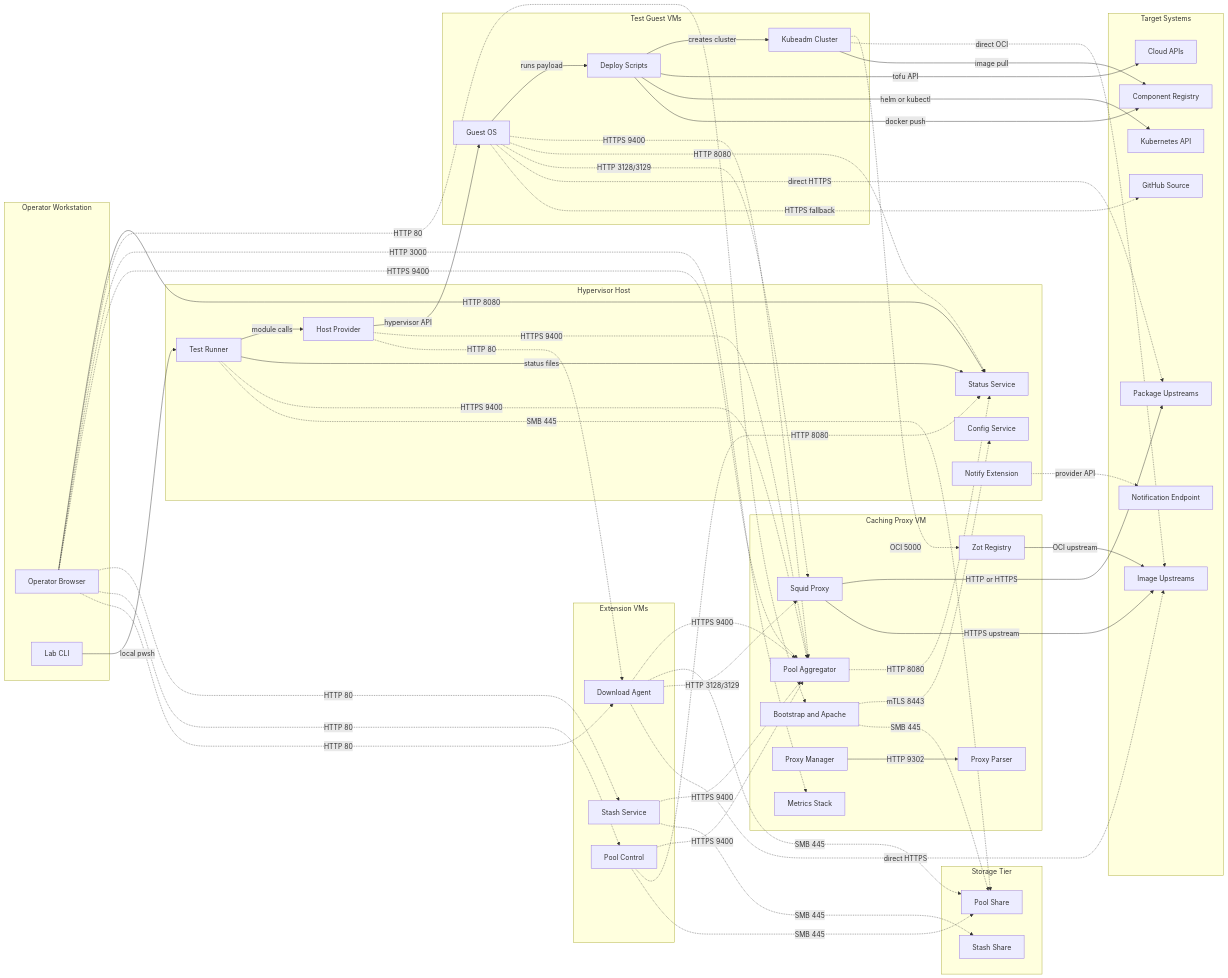
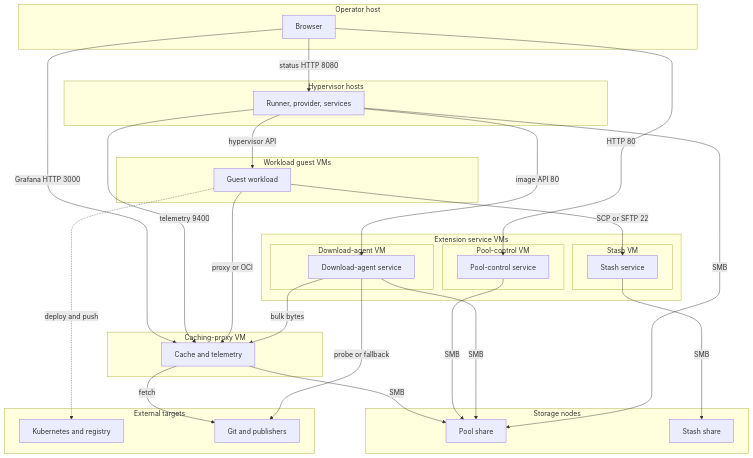
One commit to alissonsol/yuruna changed the first of 3 diagrams in docs/design/06-deployment.md. Above: the diagram before and after it, drawn with Mermaid. The commit also changed other lines of this file and 901 other files, not shown here.

````diff
--- a/docs/design/06-deployment.md
+++ b/docs/design/06-deployment.md
@@ -5,137 +13,52 @@
 ```mermaid
-flowchart LR
-  subgraph operator-workstation["Operator Workstation"]
-    operator-browser["Operator Browser"]
-    lab-cli["Lab CLI"]
-  end
-
-  subgraph hypervisor-host["Hypervisor Host"]
-    test-runner["Test Runner"]
-    host-provider["Host Provider"]
-    status-service["Status Service"]
-    config-service["Config Service"]
-    notify-extension["Notify Extension"]
-  end
-
-  %% optional -- the runner supports operation without the cache VM
-  subgraph caching-proxy-vm["Caching Proxy VM"]
-    cache-gateway["Bootstrap and Apache"]
-    squid-proxy["Squid Proxy"]
-    zot-registry["Zot Registry"]
-    pool-aggregator["Pool Aggregator"]
-    proxy-manager["Proxy Manager"]
-    proxy-parser["Proxy Parser"]
-    metrics-stack["Metrics Stack"]
-  end
-
-  %% optional -- extension VMs are enabled independently
-  subgraph extension-vms["Extension VMs"]
-    stash-service["Stash Service"]
-    pool-control["Pool Control"]
-    download-agent["Download Agent"]
-  end
-
-  subgraph test-guest-vms["Test Guest VMs"]
-    guest-os["Guest OS"]
-    guest-scripts["Deploy Scripts"]
-    kube-cluster["Kubeadm Cluster"]
-  end
-
-  %% optional -- network storage can use local fallback or be disabled
-  subgraph storage-tier["Storage Tier"]
-    pool-share["Pool Share"]
-    stash-share["Stash Share"]
-  end
-
-  subgraph target-systems["Target Systems"]
-    cloud-apis["Cloud APIs"]
-    kube-api["Kubernetes API"]
-    component-registry["Component Registry"]
-    package-upstreams["Package Upstreams"]
-    image-upstreams["Image Upstreams"]
-    github-source["GitHub Source"]
-    notification-endpoint["Notification Endpoint"]
-  end
-
-  lab-cli -->|"local pwsh"| test-runner
-  test-runner -->|"module calls"| host-provider
-  host-provider -->|"hypervisor API"| guest-os
-  test-runner -->|"status files"| status-service
-  guest-os -->|"runs payload"| guest-scripts
-  guest-scripts -->|"creates cluster"| kube-cluster
-  operator-browser -->|"HTTP 8080"| status-service
-
-  %% optional -- proxy UI exists only with the cache VM
-  operator-browser -.->|"HTTP 80"| cache-gateway
-  %% optional -- Grafana exists only with the cache VM
-  operator-browser -.->|"HTTP 3000"| metrics-stack
-  %% optional -- pool UI exists only with the cache VM
-  operator-browser -.->|"HTTPS 9400"| pool-aggregator
-  %% optional -- extension UIs exist only when their VMs run
-  operator-browser -.->|"HTTP 80"| stash-service
-  %% optional -- extension UIs exist only when their VMs run
-  operator-browser -.->|"HTTP 80"| pool-control
-  %% optional -- extension UIs exist only when their VMs run
-  operator-browser -.->|"HTTP 80"| download-agent
-
-  %% optional -- cache bootstrap syncs when config service is enabled
-  cache-gateway -.->|"mTLS 8443"| config-service
-  %% optional -- aggregator polls enrolled host status
-  pool-aggregator -.->|"HTTP 8080"| status-service
-  %% optional -- runner event push requires pool enrollment
-  test-runner -.->|"HTTPS 9400"| pool-aggregator
-  %% optional -- providers discover an enrolled download agent
-  host-provider -.->|"HTTPS 9400"| pool-aggregator
-  %% optional -- providers use the agent when available
-  host-provider -.->|"HTTP 80"| download-agent
-  %% optional -- host discovery uses the pool directory when configured
-  guest-os -.->|"HTTPS 9400"| pool-aggregator
-  %% optional -- guest framework fetch prefers host status
-  guest-os -.->|"HTTP 8080"| status-service
-  %% optional -- package proxy variables are configuration controlled
-  guest-os -.->|"HTTP 3128/3129"| squid-proxy
-  %% optional -- kube mirror is configured with the cache VM
-  kube-cluster -.->|"OCI 5000"| zot-registry
-
-  proxy-manager -->|"HTTP 9302"| proxy-parser
-  squid-proxy -->|"HTTP or HTTPS"| package-upstreams
-  squid-proxy -->|"HTTPS upstream"| image-upstreams
-  zot-registry -->|"OCI upstream"| image-upstreams
-  %% optional -- packages go direct when cache is absent
-  guest-os -.->|"direct HTTPS"| package-upstreams
-  %% optional -- images go direct when mirror is absent
-  kube-cluster -.->|"direct OCI"| image-upstreams
-
-  %% optional -- extension presence beacons require an aggregator URL
-  stash-service -.->|"HTTPS 9400"| pool-aggregator
-  %% optional -- extension presence beacons require an aggregator URL
-  pool-control -.->|"HTTPS 9400"| pool-aggregator
-  %% optional -- extension presence beacons require an aggregator URL
-  download-agent -.->|"HTTPS 9400"| pool-aggregator
-  %% optional -- pool control calls enrolled hosts
-  pool-control -.->|"HTTP 8080"| status-service
-
-  %% optional -- runner archives use configured pool storage
-  test-runner -.->|"SMB 445"| pool-share
-  %% optional -- cache services mount only pool storage
-  cache-gateway -.->|"SMB 445"| pool-share
-  %% optional -- pool control state uses pool storage
-  pool-control -.->|"SMB 445"| pool-share
-  %% optional -- download state uses pool storage
-  download-agent -.->|"SMB 445"| pool-share
-  %% optional -- stash uses its separate configured share
-  stash-service -.->|"SMB 445"| stash-share
-
-  guest-scripts -->|"tofu API"| cloud-apis
-  guest-scripts -->|"helm or kubectl"| kube-api
-  guest-scripts -->|"docker push"| component-registry
-  kube-cluster -->|"image pull"| component-registry
-  %% optional -- download agent normally uses the configured proxy
-  download-agent -.->|"HTTP 3128/3129"| squid-proxy
-  %% optional -- direct HTTPS is the download-agent fallback
-  download-agent -.->|"direct HTTPS"| image-upstreams
-  %% optional -- GitHub is the framework fallback
-  guest-os -.->|"HTTPS fallback"| github-source
-  %% optional -- notifications are provider and threshold gated
-  notify-extension -.->|"provider API"| notification-endpoint
+flowchart TB
+    subgraph operator["Operator host"]
+        test-status["Browser"]
+    end
+    subgraph host["Hypervisor hosts"]
+        start-test-runner["Runner, provider, services"]
+    end
+    subgraph guest["Workload guest VMs"]
+        guest-workload["Guest workload"]
+    end
+    subgraph caching-proxy-service-vm["Caching-proxy VM"]
+        caching-proxy-service["Cache and telemetry"]
+    end
+    subgraph test-extension["Extension service VMs"]
+        subgraph stash-service-vm["Stash VM"]
+            stash-service["Stash service"]
+        end
+        subgraph pool-control-service-vm["Pool-control VM"]
+            pool-control-service["Pool-control service"]
+        end
+        subgraph download-agent-service-vm["Download-agent VM"]
+            download-agent-service["Download-agent service"]
+        end
+    end
+    subgraph network-storage["Storage nodes"]
+        pool-storage["Pool share"]
+        stash-storage["Stash share"]
+    end
+    subgraph global-resources["External targets"]
+        kubernetes["Kubernetes and registry"]
+        origin["Git and publishers"]
+    end
+    test-status -->|status HTTP 8080| start-test-runner
+    test-status -->|Grafana HTTP 3000| caching-proxy-service
+    test-status -->|HTTP 80| pool-control-service
+    start-test-runner -->|hypervisor API| guest-workload
+    start-test-runner -->|telemetry 9400| caching-proxy-service
+    guest-workload -->|proxy or OCI| caching-proxy-service
+    start-test-runner -->|image API 80| download-agent-service
+    guest-workload -->|SCP or SFTP 22| stash-service
+    caching-proxy-service -->|SMB| pool-storage
+    pool-control-service -->|SMB| pool-storage
+    download-agent-service -->|SMB| pool-storage
+    stash-service -->|SMB| stash-storage
+    start-test-runner -->|SMB| pool-storage
+    caching-proxy-service -->|fetch| origin
+    download-agent-service -->|bulk bytes| caching-proxy-service
+    download-agent-service -->|probe or fallback| origin
+    %% optional: project configuration selects the deployment target
+    guest-workload -.->|deploy and push| kubernetes
 ```
````
